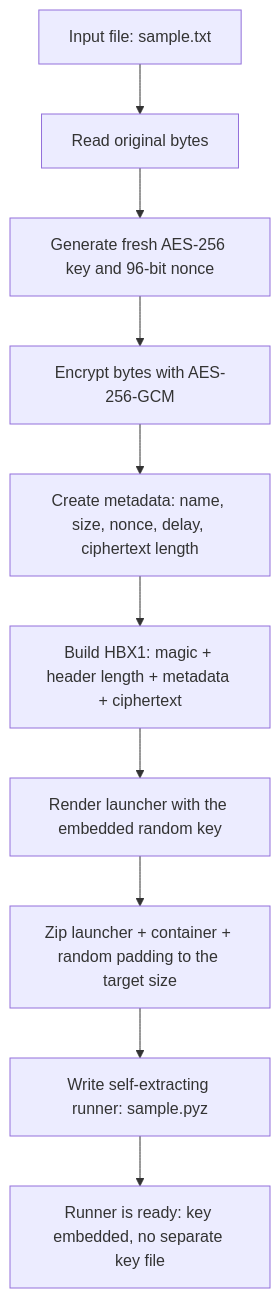
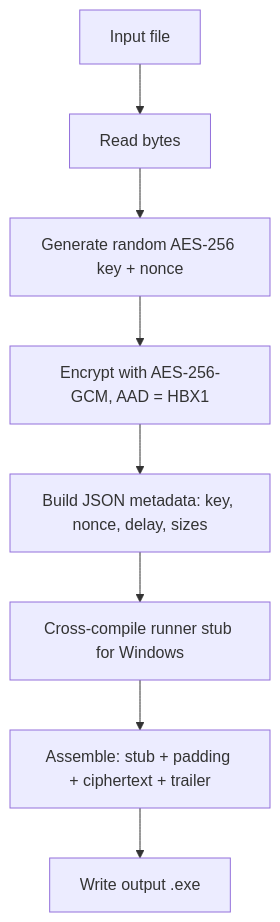
The first of 2 diagrams in README.md (fahdaguenouz/hidden-bytes), drawn with Mermaid before and after one commit. The commit also changed other lines of this file and 2 other files, not shown here.

````diff
--- a/README.md
+++ b/README.md
@@ -809,12 +286,10 @@
 ```mermaid
 flowchart TD
-    A[Input file: sample.txt] --> B[Read original bytes]
-    B --> C[Generate fresh AES-256 key and 96-bit nonce]
-    C --> D[Encrypt bytes with AES-256-GCM]
-    D --> E[Create metadata: name, size, nonce, delay, ciphertext length]
-    E --> F[Build HBX1: magic + header length + metadata + ciphertext]
-    F --> G[Render launcher with the embedded random key]
-    G --> H[Zip launcher + container + random padding to the target size]
-    H --> I[Write self-extracting runner: sample.pyz]
-    I --> J[Runner is ready: key embedded, no separate key file]
+    A[Input file] --> B[Read bytes]
+    B --> C[Generate random AES-256 key + nonce]
+    C --> D[Encrypt with AES-256-GCM, AAD = HBX1]
+    D --> E[Build JSON metadata: key, nonce, delay, sizes]
+    E --> F[Cross-compile runner stub for Windows]
+    F --> G["Assemble: stub + padding + ciphertext + trailer"]
+    G --> H["Write output .exe"]
 ```
````
